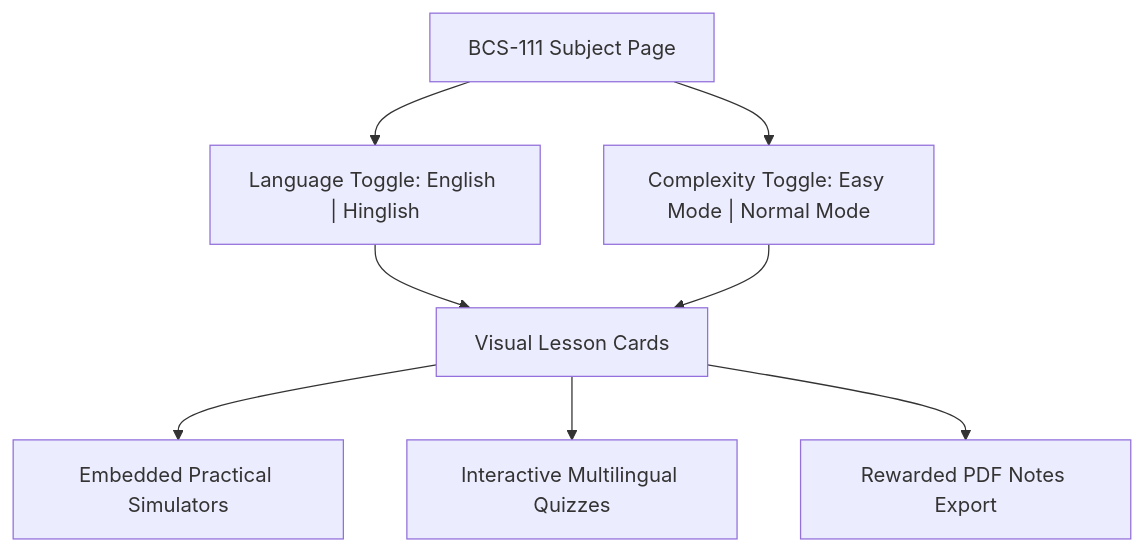
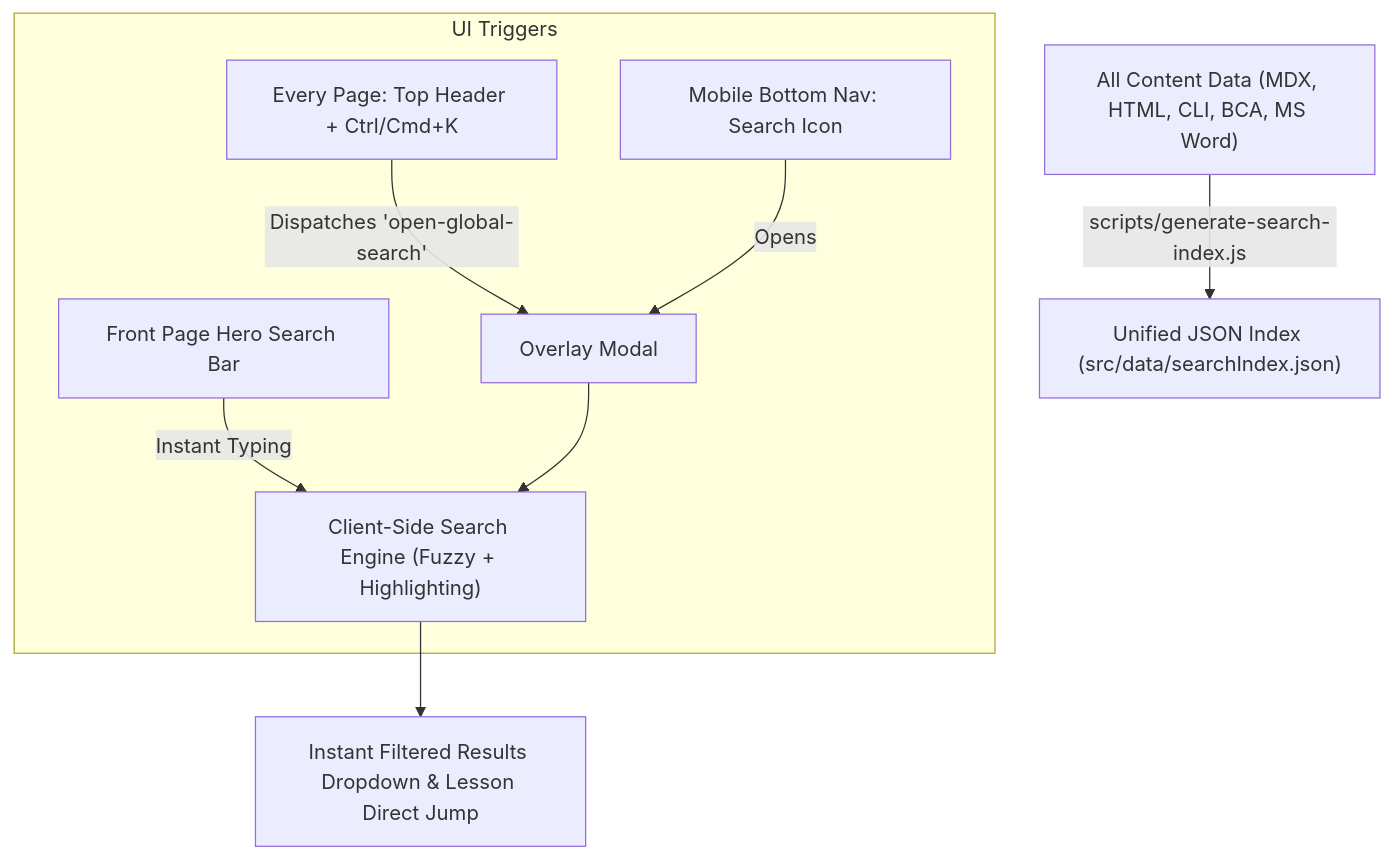
Before and after one commit to nextsem-manoj/CS-Guide: the diagram in chat-logs/npm run dev.md, drawn with Mermaid. The commit also changed other lines of this file and 33 other files, not shown here.

Commit message:
feat: enhance BCA dedicated subject pages, quick links ribbon, search indexing, and HTML5 tag directory

````diff
--- a/chat-logs/npm run dev.md
+++ b/chat-logs/npm run dev.md
@@ -509,12 +172,13 @@
 ```mermaid
 flowchart TD
-    A["BCS-111 Subject Page"] --> B["Language Toggle: English | Hinglish"]
-    A --> C["Complexity Toggle: Easy Mode | Normal Mode"]
+    A["All Content Data (MDX, HTML, CLI, BCA, MS Word)"] -->|scripts/generate-search-index.js| B["Unified JSON Index (src/data/searchIndex.json)"]
     
-    B --> D["Visual Lesson Cards"]
-    C --> D
+    subgraph UI Triggers
+    C["Front Page Hero Search Bar"] -->|Instant Typing| E["Client-Side Search Engine (Fuzzy + Highlighting)"]
+    D["Every Page: Top Header + Ctrl/Cmd+K"] -->|Dispatches 'open-global-search'| F["<SearchWidget /> Overlay Modal"]
+    G["Mobile Bottom Nav: Search Icon"] -->|Opens| F
+    F --> E
+    end
     
-    D --> E["Embedded Practical Simulators"]
-    D --> F["Interactive Multilingual Quizzes"]
-    D --> G["Rewarded PDF Notes Export"]
+    E --> H["Instant Filtered Results Dropdown & Lesson Direct Jump"]
 ```
````
